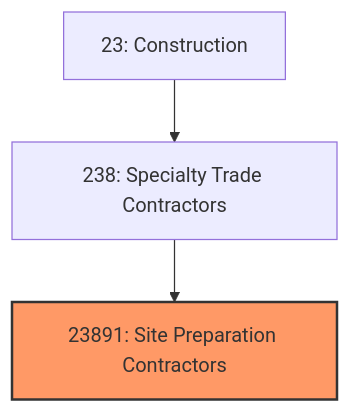
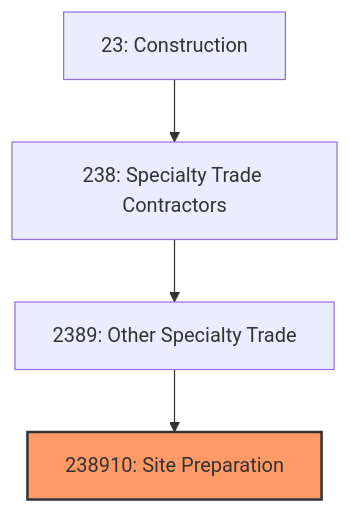
The first of 3 diagrams in industries/Construction/SpecialtyTradeContractors/SitePreparationContractors.mdx (kziemski/business.org.ai), drawn with Mermaid before and after one commit. The commit also changed other lines of this file and 20 other files, not shown here.

First line of the commit message:
feat: enrich Construction Specialty Trade Contractors industry files

````diff
--- a/industries/Construction/SpecialtyTradeContractors/SitePreparationContractors.mdx
+++ b/industries/Construction/SpecialtyTradeContractors/SitePreparationContractors.mdx
@@ -20,7 +35,8 @@
 ```mermaid
 graph TD
     S23["23: Construction"]
     S23 --> N238["238: Specialty Trade Contractors"]
-    N238 --> N23891["23891: Site Preparation Contractors"]
-    style N23891 fill:#f96,stroke:#333,stroke-width:2px
+    N238 --> N2389["2389: Other Specialty Trade"]
+    N2389 --> N238910["238910: Site Preparation"]
+    style N238910 fill:#f96,stroke:#333,stroke-width:2px
 ```
````
